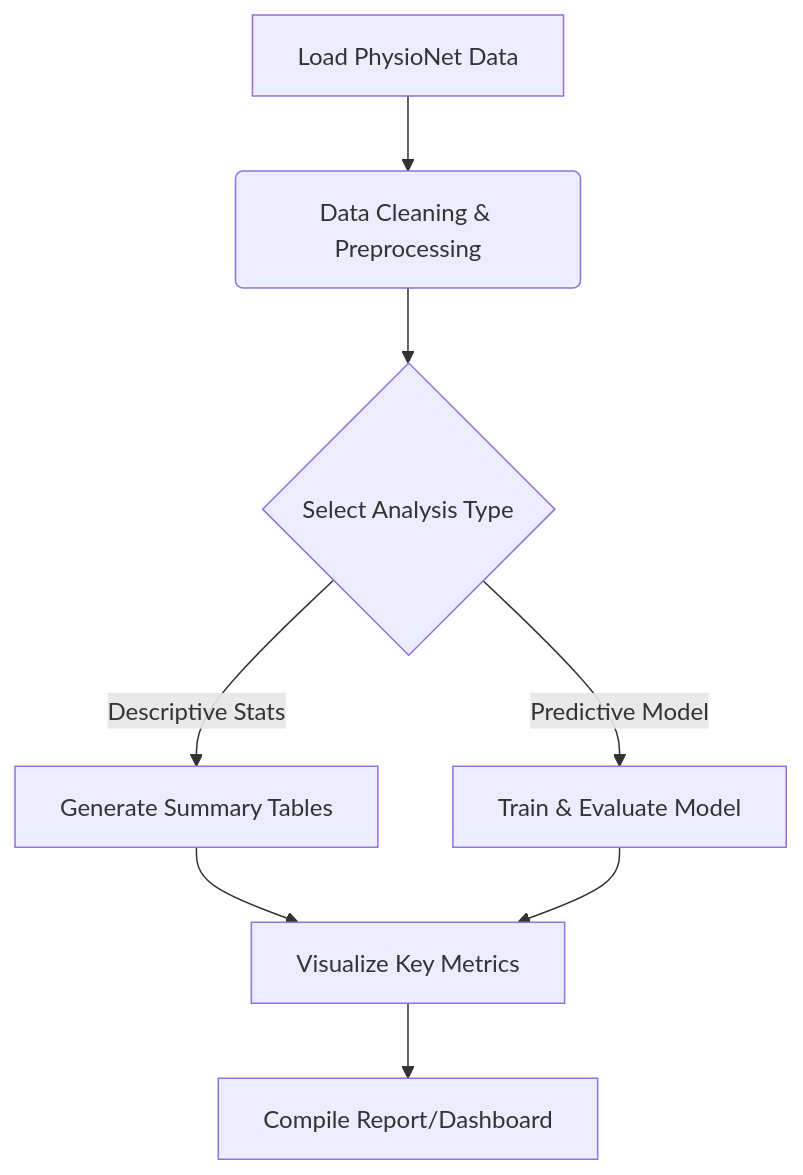
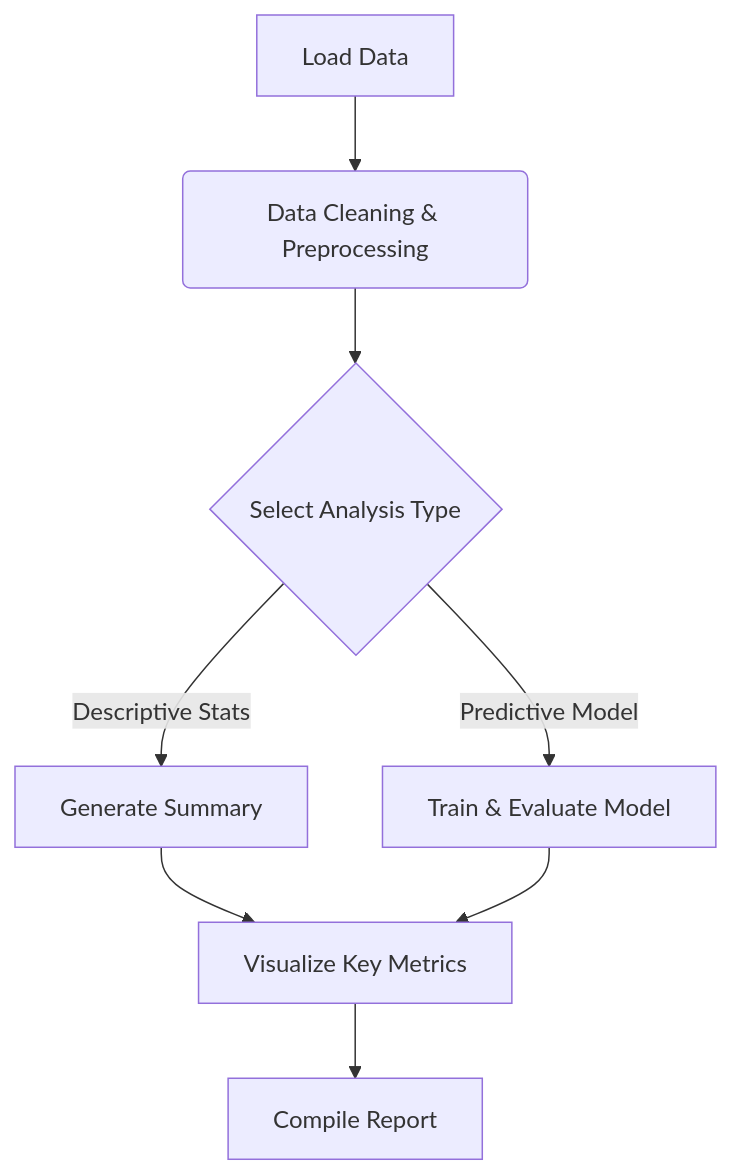
Before and after one commit to oscar-peng/datasci_223: the second of 4 diagrams in lectures/09/lecture_09.md, drawn with Mermaid. The commit also changed other lines of this file and 2 other files, not shown here.

````diff
--- a/lectures/09/lecture_09.md
+++ b/lectures/09/lecture_09.md
@@ -153,10 +153,10 @@
     ```mermaid
     graph TD;
-        A[Load PhysioNet Data] --> B(Data Cleaning & Preprocessing);
+        A[Load Data] --> B(Data Cleaning & Preprocessing);
         B --> C{Select Analysis Type};
-        C -- Descriptive Stats --> D[Generate Summary Tables];
+        C -- Descriptive Stats --> D[Generate Summary];
         C -- Predictive Model --> E[Train & Evaluate Model];
         D --> F[Visualize Key Metrics];
         E --> F;
-        F --> G[Compile Report/Dashboard];
+        F --> G[Compile Report];
     ```
````
